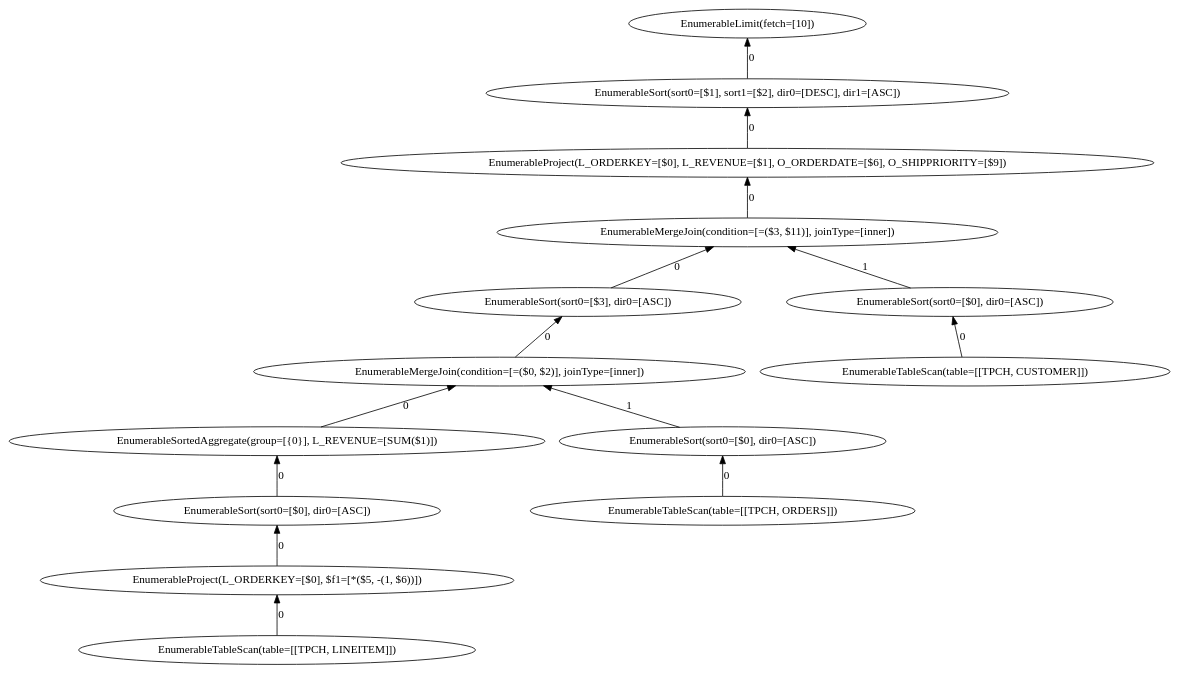
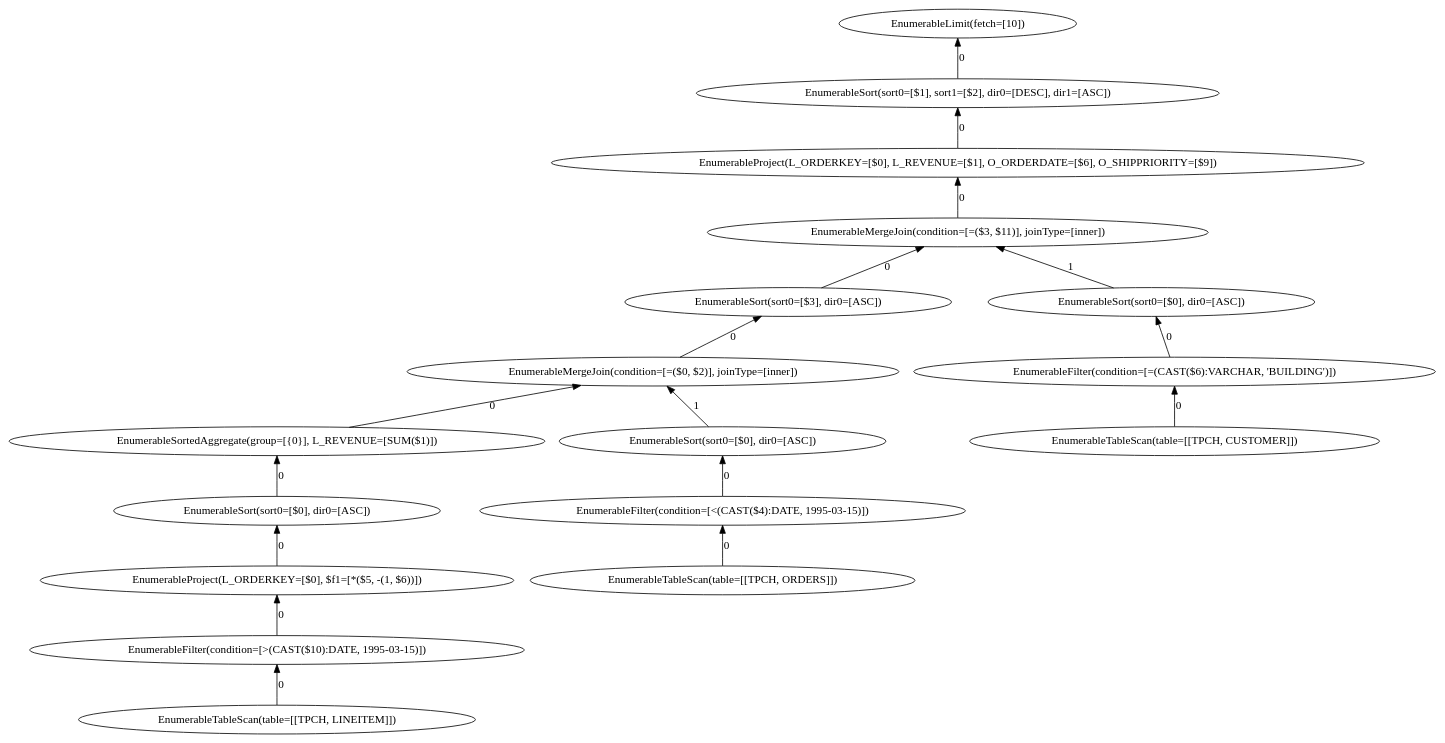
The diagram in frontend/tpch/q3/plans/structure_1.dot (alicia-lyu/leanstore), drawn with Graphviz before and after one commit. The commit also changed 4 other files, not shown here.

```diff
--- a/frontend/tpch/q3/plans/structure_1.dot
+++ b/frontend/tpch/q3/plans/structure_1.dot
@@ -1,30 +1,36 @@
 digraph {
   rankdir=BT;
   n0 [label="EnumerableLimit(fetch=[10])"];
   n1 [label="EnumerableSort(sort0=[$1], sort1=[$2], dir0=[DESC], dir1=[ASC])"];
   n2 [label="EnumerableProject(L_ORDERKEY=[$0], L_REVENUE=[$1], O_ORDERDATE=[$6], O_SHIPPRIORITY=[$9])"];
   n3 [label="EnumerableMergeJoin(condition=[=($3, $11)], joinType=[inner])"];
   n4 [label="EnumerableSort(sort0=[$3], dir0=[ASC])"];
   n5 [label="EnumerableMergeJoin(condition=[=($0, $2)], joinType=[inner])"];
   n6 [label="EnumerableSortedAggregate(group=[{0}], L_REVENUE=[SUM($1)])"];
   n7 [label="EnumerableSort(sort0=[$0], dir0=[ASC])"];
   n8 [label="EnumerableProject(L_ORDERKEY=[$0], $f1=[*($5, -(1, $6))])"];
   n9 [label="EnumerableTableScan(table=[[TPCH, LINEITEM]])"];
-  n9 -> n8 [label="0"];
+  n14 [label="EnumerableFilter(condition=[>(CAST($10):DATE, 1995-03-15)])"];
+  n9 -> n14 [label="0"];
+  n14 -> n8 [label="0"];
   n8 -> n7 [label="0"];
   n7 -> n6 [label="0"];
   n6 -> n5 [label="0"];
   n10 [label="EnumerableSort(sort0=[$0], dir0=[ASC])"];
   n11 [label="EnumerableTableScan(table=[[TPCH, ORDERS]])"];
-  n11 -> n10 [label="0"];
+  n15 [label="EnumerableFilter(condition=[<(CAST($4):DATE, 1995-03-15)])"];
+  n11 -> n15 [label="0"];
+  n15 -> n10 [label="0"];
   n10 -> n5 [label="1"];
   n5 -> n4 [label="0"];
   n4 -> n3 [label="0"];
   n12 [label="EnumerableSort(sort0=[$0], dir0=[ASC])"];
   n13 [label="EnumerableTableScan(table=[[TPCH, CUSTOMER]])"];
-  n13 -> n12 [label="0"];
+  n16 [label="EnumerableFilter(condition=[=(CAST($6):VARCHAR, 'BUILDING')])"];
+  n13 -> n16 [label="0"];
+  n16 -> n12 [label="0"];
   n12 -> n3 [label="1"];
   n3 -> n2 [label="0"];
   n2 -> n1 [label="0"];
   n1 -> n0 [label="0"];
 }
```
